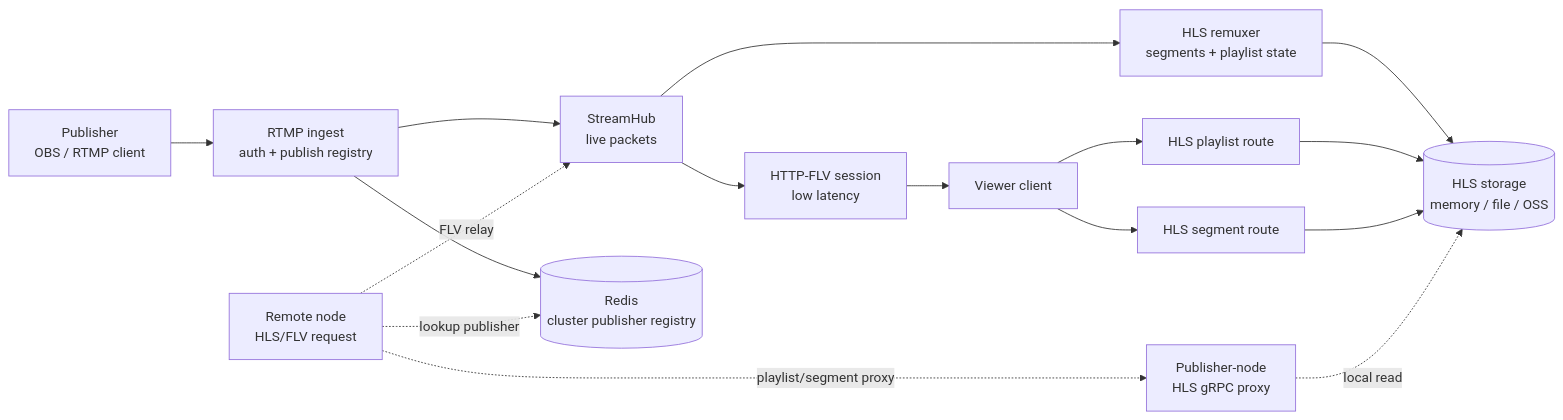
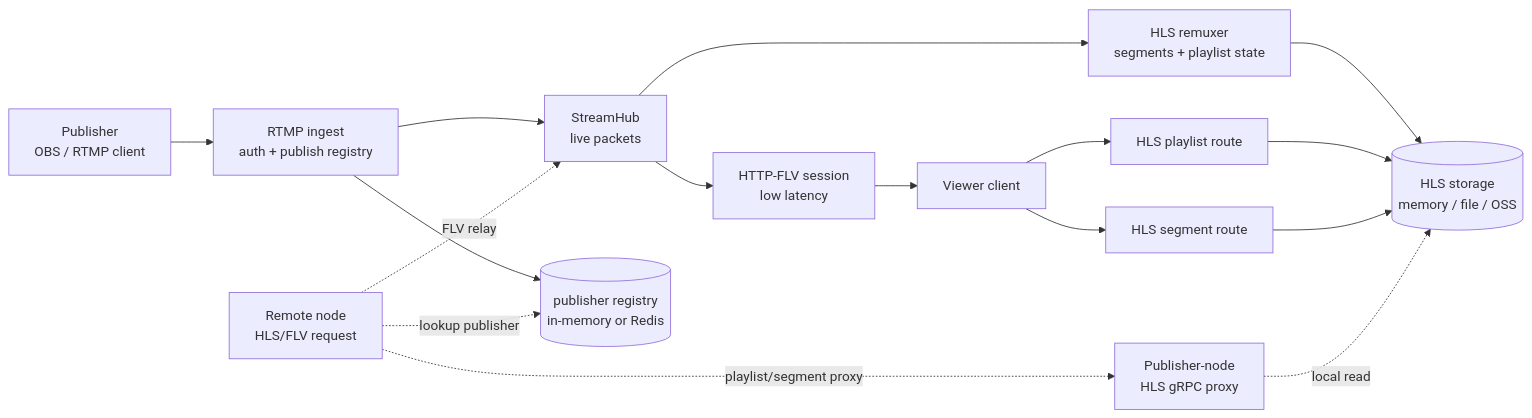
Before and after one commit to synctv-org/synctv: the diagram in docs/src/diagrams/livestream-pipeline.mmd, drawn with Mermaid. The commit also changed 122 other files, not shown here.

```diff
--- a/docs/src/diagrams/livestream-pipeline.mmd
+++ b/docs/src/diagrams/livestream-pipeline.mmd
@@ -1,24 +1,24 @@
 flowchart LR
   Publisher[Publisher<br/>OBS / RTMP client]
   RTMP[RTMP ingest<br/>auth + publish registry]
   Hub[StreamHub<br/>live packets]
   FLV[HTTP-FLV session<br/>low latency]
   Remux[HLS remuxer<br/>segments + playlist state]
   Storage[(HLS storage<br/>memory / file / OSS)]
   Playlist[HLS playlist route]
   Segment[HLS segment route]
   Viewer[Viewer client]
-  Redis[(Redis<br/>cluster publisher registry)]
+  Registry[(publisher registry<br/>in-memory or Redis)]
   Remote[Remote node<br/>HLS/FLV request]
   HLSProxy[Publisher-node<br/>HLS gRPC proxy]
 
   Publisher --> RTMP --> Hub
-  RTMP --> Redis
+  RTMP --> Registry
   Hub --> FLV --> Viewer
   Hub --> Remux --> Storage
   Viewer --> Playlist --> Storage
   Viewer --> Segment --> Storage
-  Remote -. lookup publisher .-> Redis
+  Remote -. lookup publisher .-> Registry
   Remote -. FLV relay .-> Hub
   Remote -. playlist/segment proxy .-> HLSProxy
   HLSProxy -. local read .-> Storage
```
